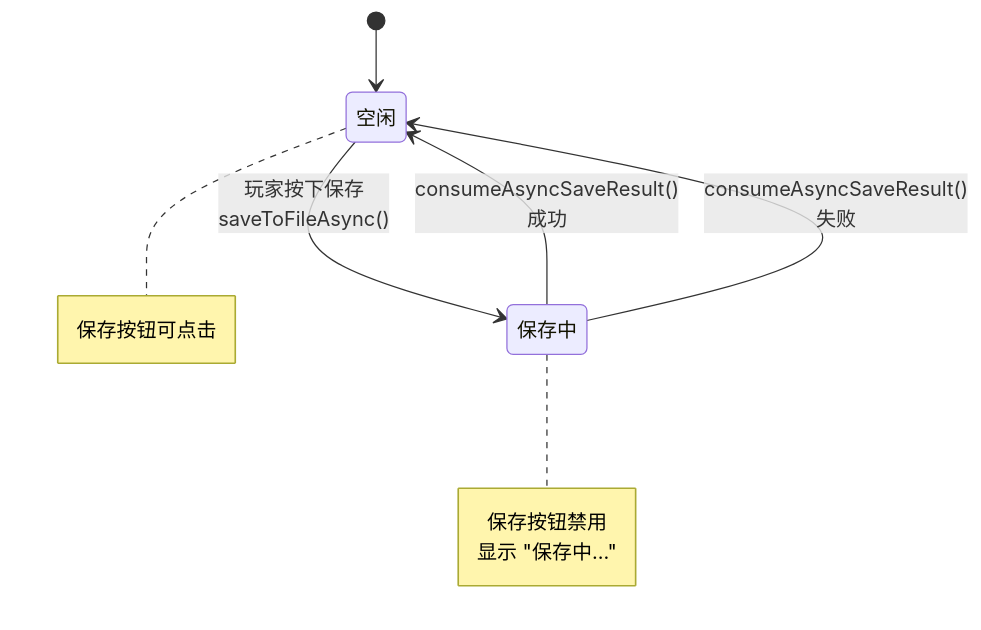
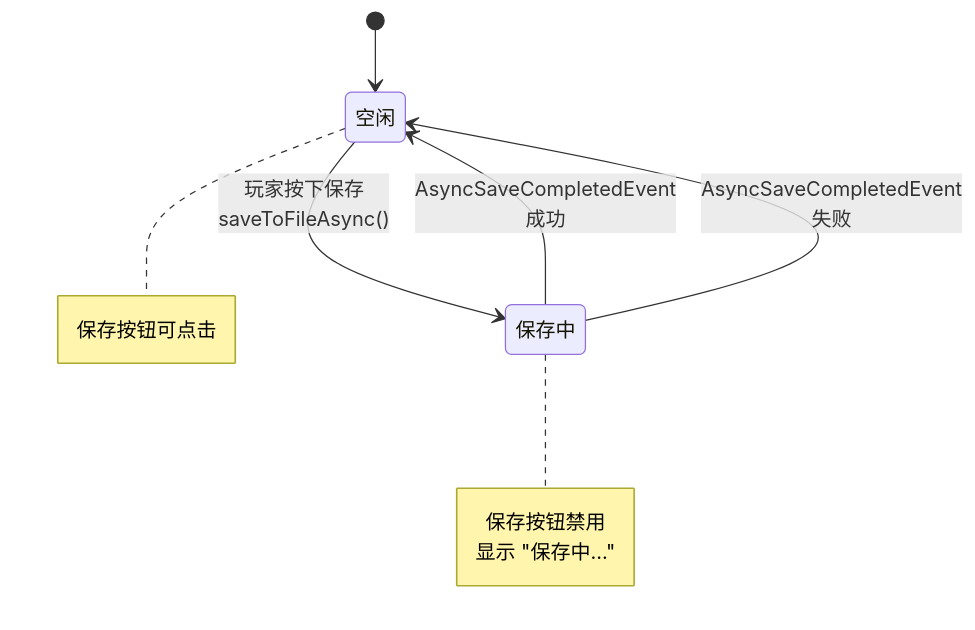
One commit to WispSnow/TinyFarmRPG changed the fifth of 5 diagrams in docs/tutorial/multi-thread/09-background-save-io.md. Above: the diagram before and after it, drawn with Mermaid. The commit also changed other lines of this file and 15 other files, not shown here.

````diff
--- a/docs/tutorial/multi-thread/09-background-save-io.md
+++ b/docs/tutorial/multi-thread/09-background-save-io.md
@@ -355,12 +330,12 @@
 ```mermaid
 stateDiagram-v2
     [*] --> 空闲
 
     空闲 --> 保存中 : 玩家按下保存<br/>saveToFileAsync()
-    保存中 --> 空闲 : consumeAsyncSaveResult()<br/>成功
+    保存中 --> 空闲 : AsyncSaveCompletedEvent<br/>成功
 
-    保存中 --> 空闲 : consumeAsyncSaveResult()<br/>失败
+    保存中 --> 空闲 : AsyncSaveCompletedEvent<br/>失败
 
     note right of 空闲 : 保存按钮可点击
     note right of 保存中 : 保存按钮禁用<br/>显示 "保存中..."
 ```
````
